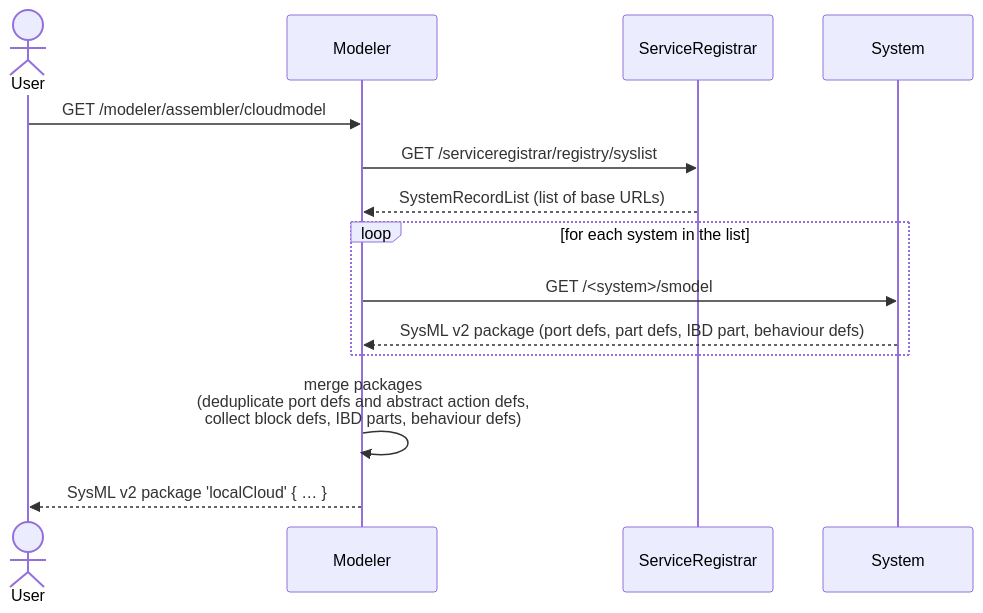
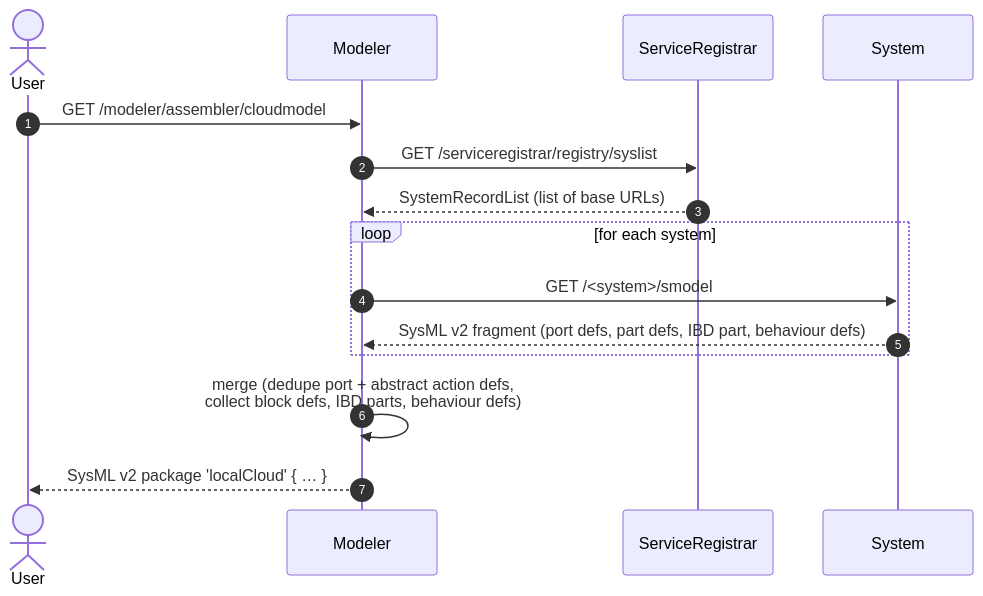
Before and after one commit to sdoque/systems: the diagram in modeler/README.md, drawn with Mermaid. The commit also changed other lines of this file and 5 other files, not shown here.

````diff
--- a/modeler/README.md
+++ b/modeler/README.md
@@ -33,19 +69,20 @@
 ```mermaid
 sequenceDiagram
+    autonumber
     actor User
-    participant Modeler
-    participant ServiceRegistrar
-    participant System
+    participant M  as Modeler
+    participant SR as ServiceRegistrar
+    participant S  as System
 
-    User->>Modeler: GET /modeler/assembler/cloudmodel
-    Modeler->>ServiceRegistrar: GET /serviceregistrar/registry/syslist
-    ServiceRegistrar-->>Modeler: SystemRecordList (list of base URLs)
+    User->>M: GET /modeler/assembler/cloudmodel
+    M->>SR: GET /serviceregistrar/registry/syslist
+    SR-->>M: SystemRecordList (list of base URLs)
 
-    loop for each system in the list
-        Modeler->>System: GET /<system>/smodel
-        System-->>Modeler: SysML v2 package (port defs, part defs, IBD part, behaviour defs)
+    loop for each system
+        M->>S: GET /<system>/smodel
+        S-->>M: SysML v2 fragment (port defs, part defs, IBD part, behaviour defs)
     end
 
-    Modeler->>Modeler: merge packages<br/>(deduplicate port defs and abstract action defs,<br/>collect block defs, IBD parts, behaviour defs)
-    Modeler-->>User: SysML v2 package 'localCloud' { … }
+    M->>M: merge (dedupe port + abstract action defs,<br/>collect block defs, IBD parts, behaviour defs)
+    M-->>User: SysML v2 package 'localCloud' { … }
 ```
````
